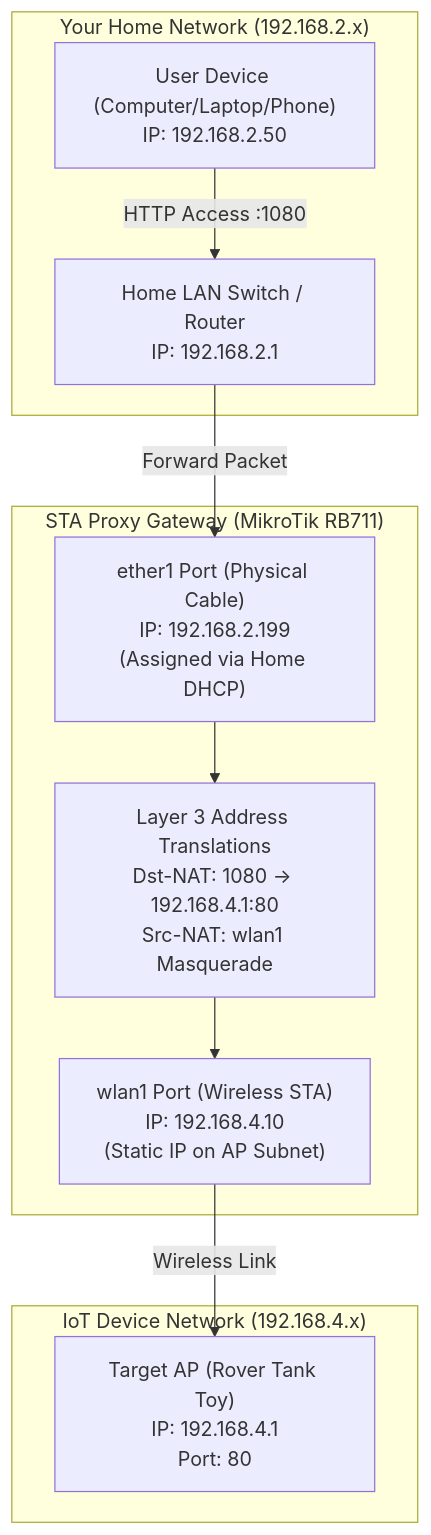
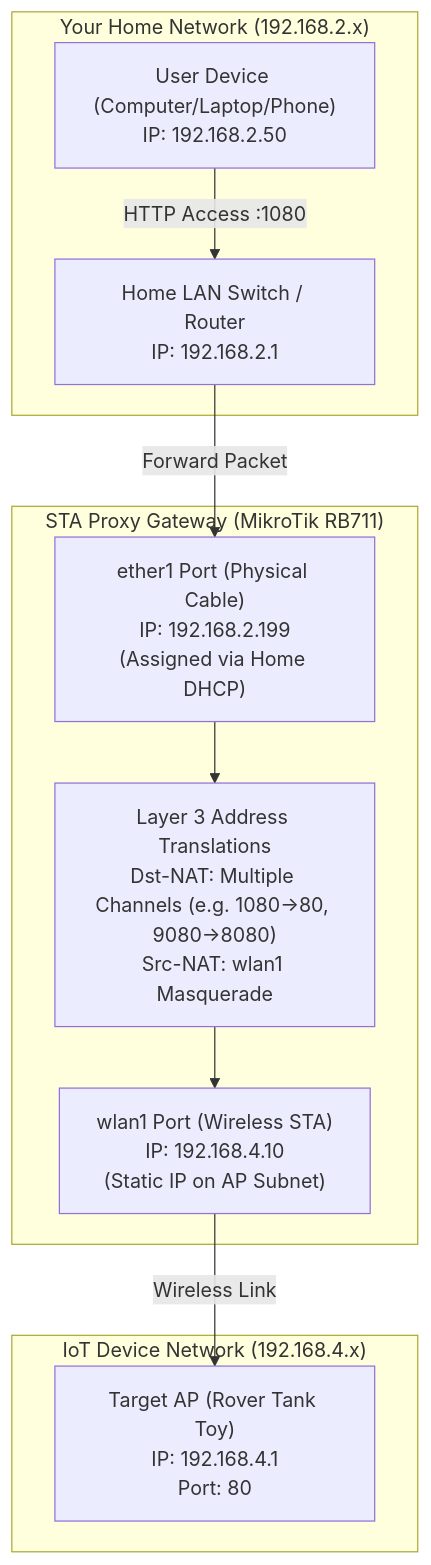
Before and after one commit to jordan-public/sta-sta-proxy: the first of 2 diagrams in README.md, drawn with Mermaid. The commit also changed other lines of this file and 2 other files, not shown here.

Commit message:
Implement simultaneous multi-channel NAT port forwarding in proxy.py with interactive loops, parallel rule injection, and automated routing, and update docs

````diff
--- a/README.md
+++ b/README.md
@@ -11,23 +11,23 @@
 ```mermaid
 flowchart TD
     subgraph LAN ["Your Home Network (192.168.2.x)"]
         UserDevice["User Device (Computer/Laptop/Phone)<br>IP: 192.168.2.50"]
         Switch["Home LAN Switch / Router<br>IP: 192.168.2.1"]
     end
 
     subgraph Proxy ["STA Proxy Gateway (MikroTik RB711)"]
         ether1["ether1 Port (Physical Cable)<br>IP: 192.168.2.199<br>(Assigned via Home DHCP)"]
-        NAT["Layer 3 Address Translations<br>Dst-NAT: 1080 -> 192.168.4.1:80<br>Src-NAT: wlan1 Masquerade"]
+        NAT["Layer 3 Address Translations<br>Dst-NAT: Multiple Channels (e.g. 1080->80, 9080->8080)<br>Src-NAT: wlan1 Masquerade"]
         wlan1["wlan1 Port (Wireless STA)<br>IP: 192.168.4.10<br>(Static IP on AP Subnet)"]
     end
 
     subgraph IoT ["IoT Device Network (192.168.4.x)"]
         Rover["Target AP (Rover Tank Toy)<br>IP: 192.168.4.1<br>Port: 80"]
     end
 
     UserDevice -->|HTTP Access :1080| Switch
     Switch -->|Forward Packet| ether1
     ether1 --> NAT
     NAT --> wlan1
     wlan1 -->|Wireless Link| Rover
 ```
````
